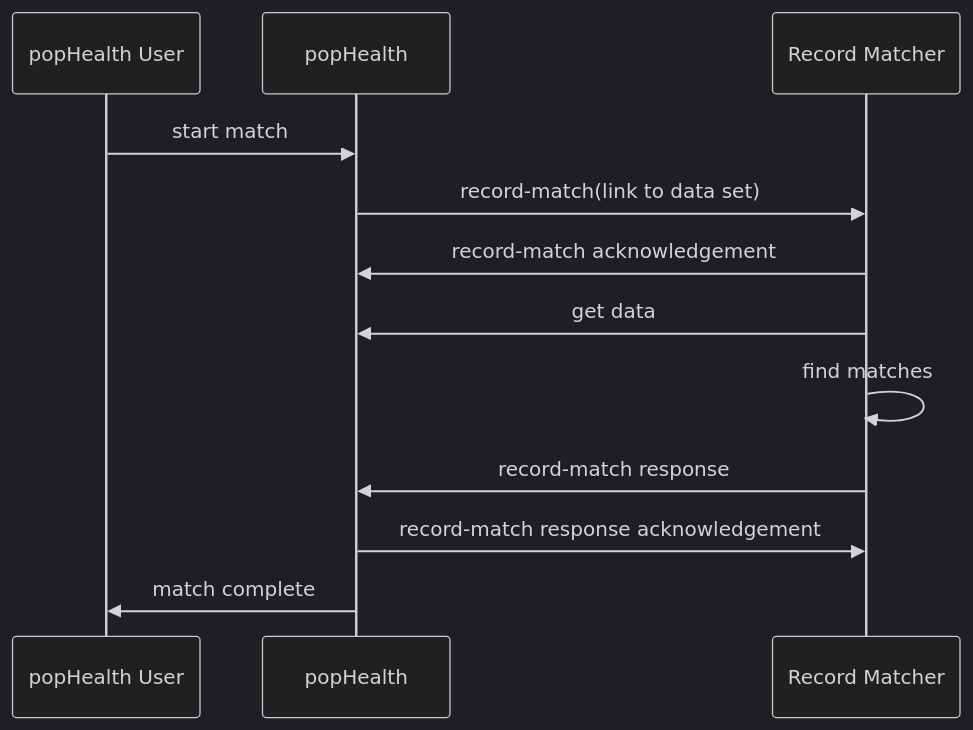
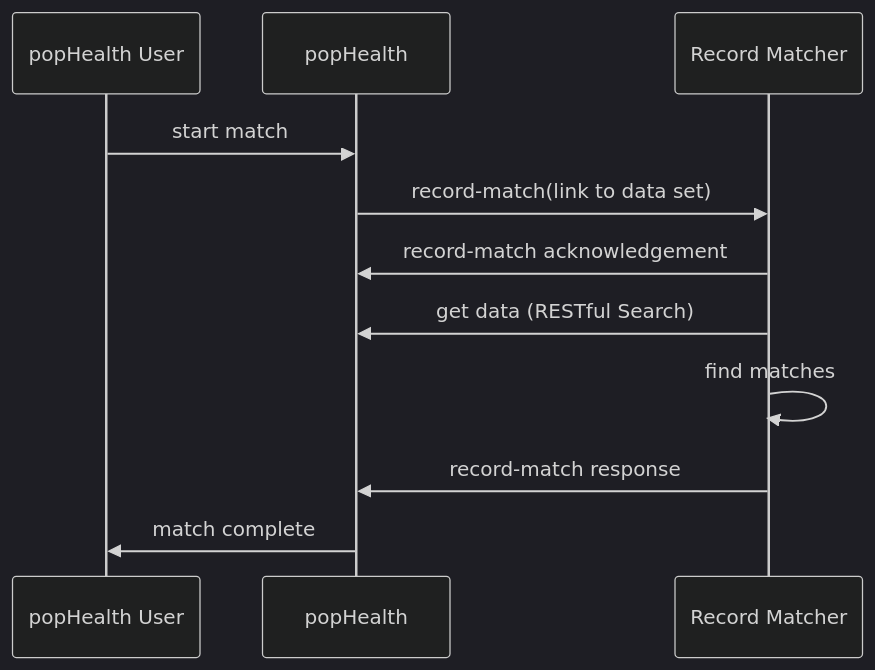
The first of 2 diagrams in PopHealth Record Match Interface.md (mitre/test-harness-interface), drawn with Mermaid (dark theme) before and after one commit. The commit also changed other lines of this file, not shown here.

Commit message:
Change picture to second mermaid diagram

````diff
--- a/PopHealth Record Match Interface.md
+++ b/PopHealth Record Match Interface.md
@@ -27,11 +27,10 @@
 ```mermaid
 sequenceDiagram
 popHealth User->>popHealth: start match
 popHealth->>Record Matcher: record-match(link to data set)
 Record Matcher->>popHealth: record-match acknowledgement
-Record Matcher->>popHealth: get data
+Record Matcher->>popHealth: get data (RESTful Search)
 Record Matcher->>Record Matcher:find matches
 Record Matcher->>popHealth: record-match response
-popHealth->>Record Matcher: record-match response acknowledgement
 popHealth->>popHealth User: match complete
 ```
````
